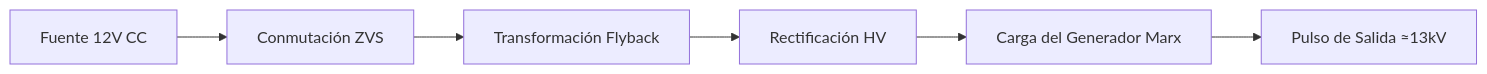
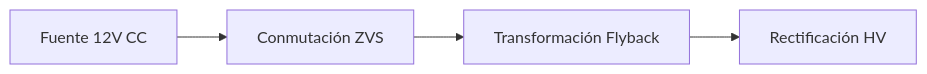
One commit to wabohorquezr/PEM changed the diagram in docs/fuente.md. Above: the diagram before and after it, drawn with Mermaid.

Commit message:
Update flowchart by removing last two nodes
Removed output pulse and load from the flowchart.

````diff
--- a/docs/fuente.md
+++ b/docs/fuente.md
@@ -8,8 +8,6 @@
 ```mermaid
 flowchart LR
 A[Fuente 12V CC] --> B[Conmutación ZVS]
 B --> C[Transformación Flyback]
 C --> D[Rectificación HV]
-D --> E[Carga del Generador Marx]
-E --> F[Pulso de Salida ≈13kV]
 ```
````
